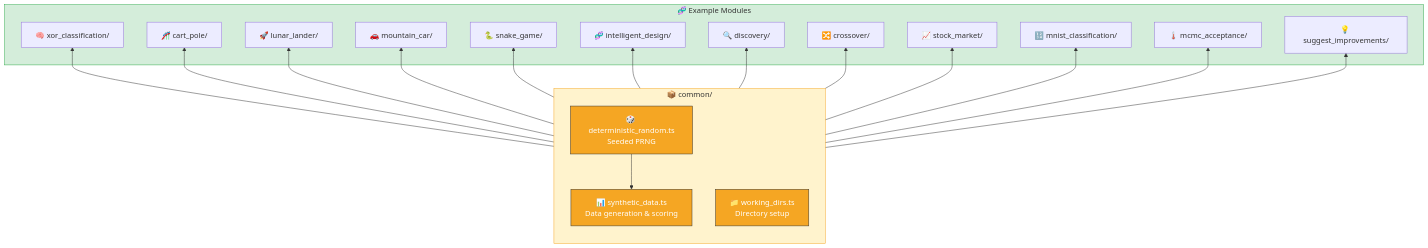
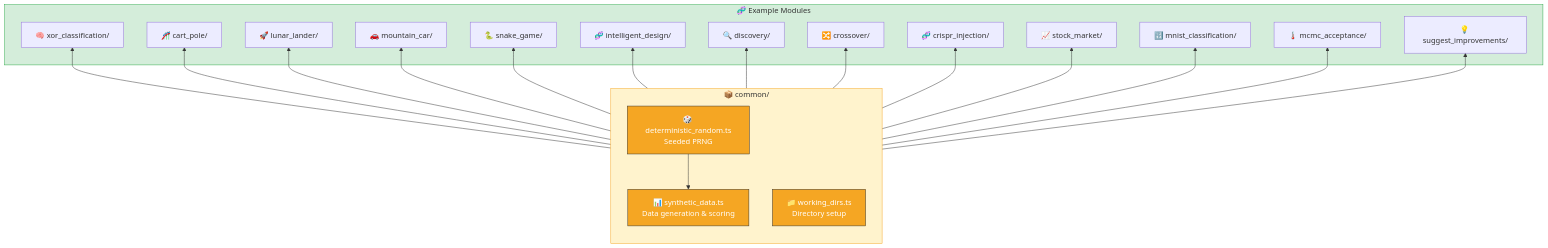
The second of 4 diagrams in README.md (stSoftwareAU/NEAT-AI-Examples), drawn with Mermaid before and after one commit. The commit also changed other lines of this file and 10 other files, not shown here.

First line of the commit message:
Add CRISPR gene injection example (issue #88)

````diff
--- a/README.md
+++ b/README.md
@@ -171,43 +185,45 @@
 ```mermaid
 flowchart BT
     subgraph common ["📦 common/"]
         RNG["🎲 deterministic_random.ts<br/>Seeded PRNG"]
         DATA["📊 synthetic_data.ts<br/>Data generation & scoring"]
         DIRS["📁 working_dirs.ts<br/>Directory setup"]
     end
 
     subgraph examples ["🧬 Example Modules"]
         XOR["🧠 xor_classification/"]
         CART["🎢 cart_pole/"]
         LUNAR["🚀 lunar_lander/"]
         MCAR["🚗 mountain_car/"]
         SNAKE["🐍 snake_game/"]
         ID["🧬 intelligent_design/"]
         DISC["🔍 discovery/"]
         CROSS["🔀 crossover/"]
+        CRISPR["🧬 crispr_injection/"]
         STOCK["📈 stock_market/"]
         MNIST["🔢 mnist_classification/"]
         MCMC["🌡️ mcmc_acceptance/"]
         SUGGEST["💡 suggest_improvements/"]
     end
 
     RNG --> DATA
     common --> XOR
     common --> CART
     common --> LUNAR
     common --> MCAR
     common --> SNAKE
     common --> ID
     common --> DISC
     common --> CROSS
+    common --> CRISPR
     common --> STOCK
     common --> MNIST
     common --> MCMC
     common --> SUGGEST
 
     style common fill:#fff3cd,stroke:#f5a623,color:#333
     style examples fill:#d4edda,stroke:#28a745,color:#333
     style RNG fill:#f5a623,stroke:#333,color:#fff
     style DATA fill:#f5a623,stroke:#333,color:#fff
     style DIRS fill:#f5a623,stroke:#333,color:#fff
 ```
````
